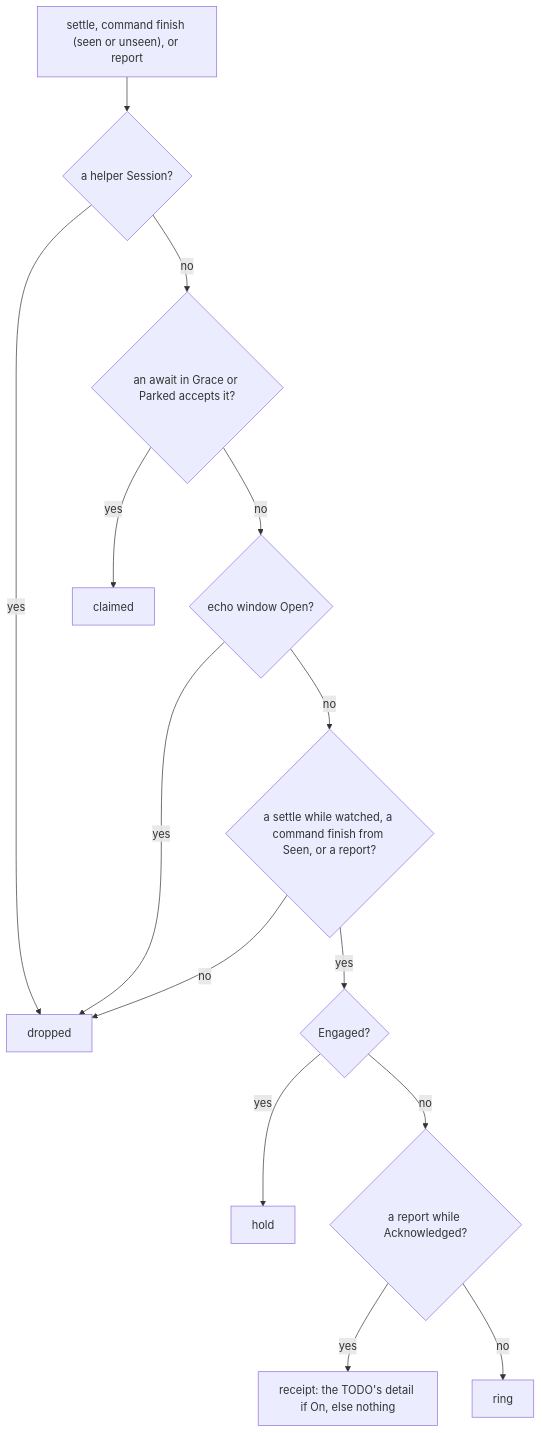
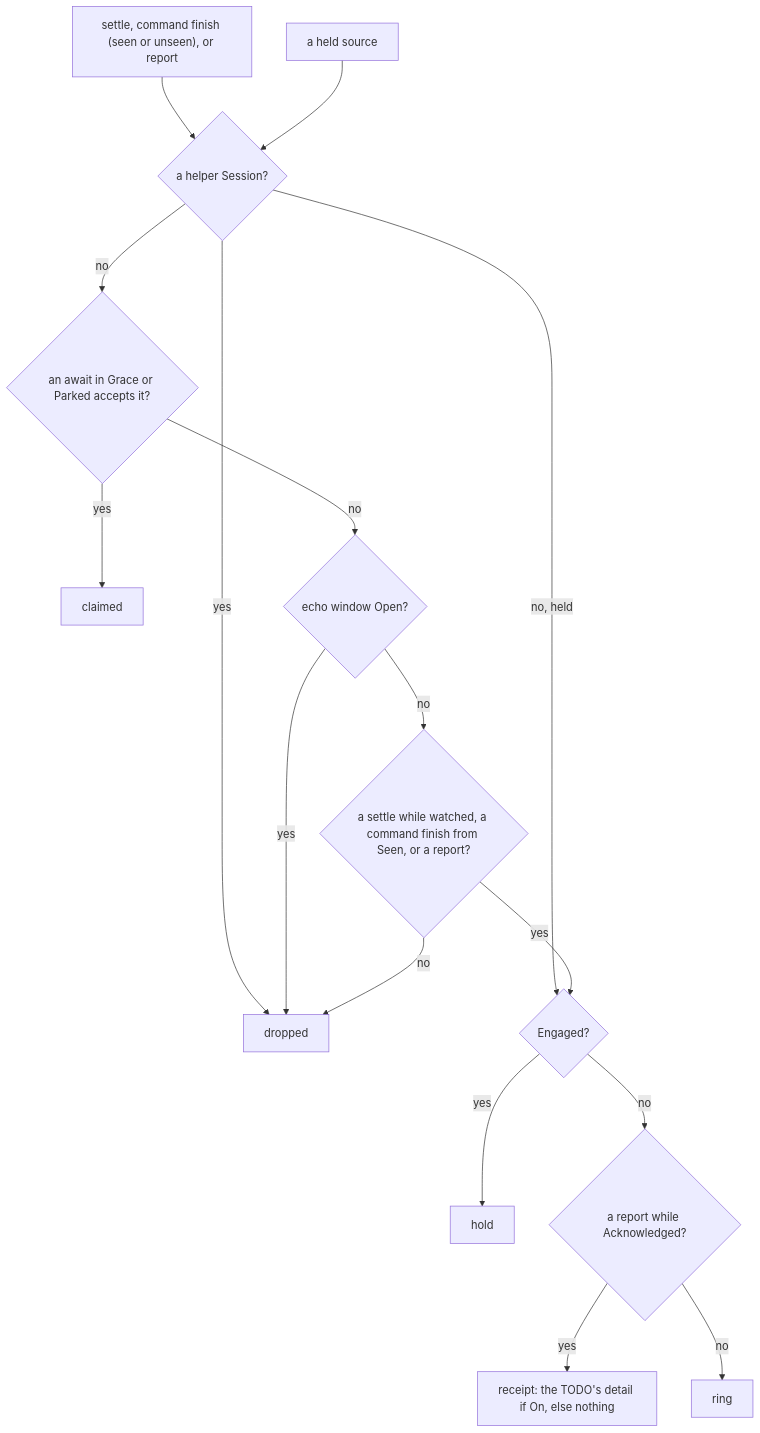
One commit to diffplug/dormouse changed the second of 16 diagrams in docs/specs/alert.md. Above: the diagram before and after it, drawn with Mermaid. The commit also changed other lines of this file and 5 other files, not shown here.

````diff
--- a/docs/specs/alert.md
+++ b/docs/specs/alert.md
@@ -135,16 +135,18 @@
 ```mermaid
 flowchart TD
   C["settle, command finish (seen or unseen), or report"] --> H{"a helper Session?"}
+  HS["a held source"] --> H
   H -- yes --> X["dropped"]
+  H -- "no, held" --> G
   H -- no --> A{"an await in Grace or Parked accepts it?"}
   A -- yes --> W["claimed"]
   A -- no --> E{"echo window Open?"}
   E -- yes --> X
   E -- no --> R{"a settle while watched, a command finish from Seen, or a report?"}
   R -- no --> X
   R -- yes --> G{"Engaged?"}
   G -- yes --> HD["hold"]
   G -- no --> K{"a report while Acknowledged?"}
   K -- yes --> T["receipt: the TODO's detail if On, else nothing"]
   K -- no --> RG["ring"]
 ```
````
